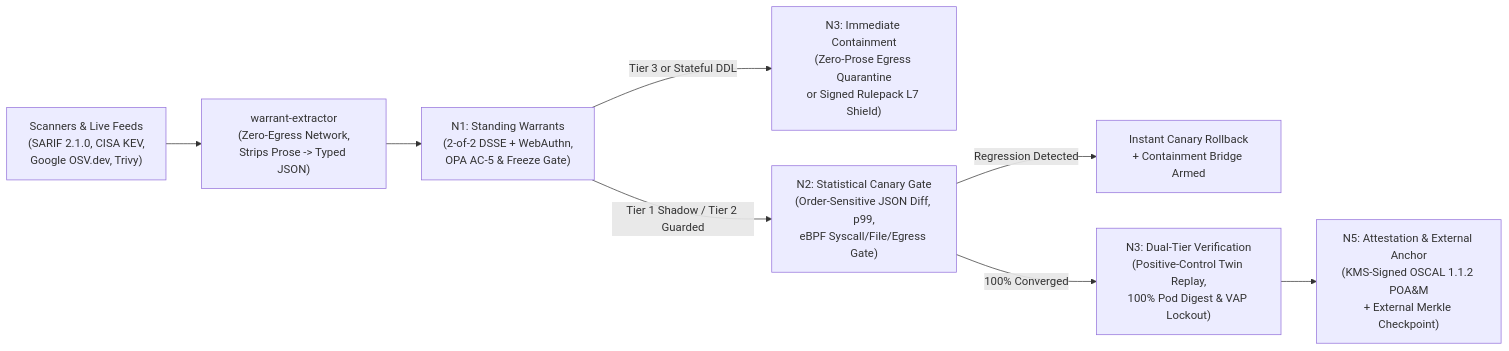
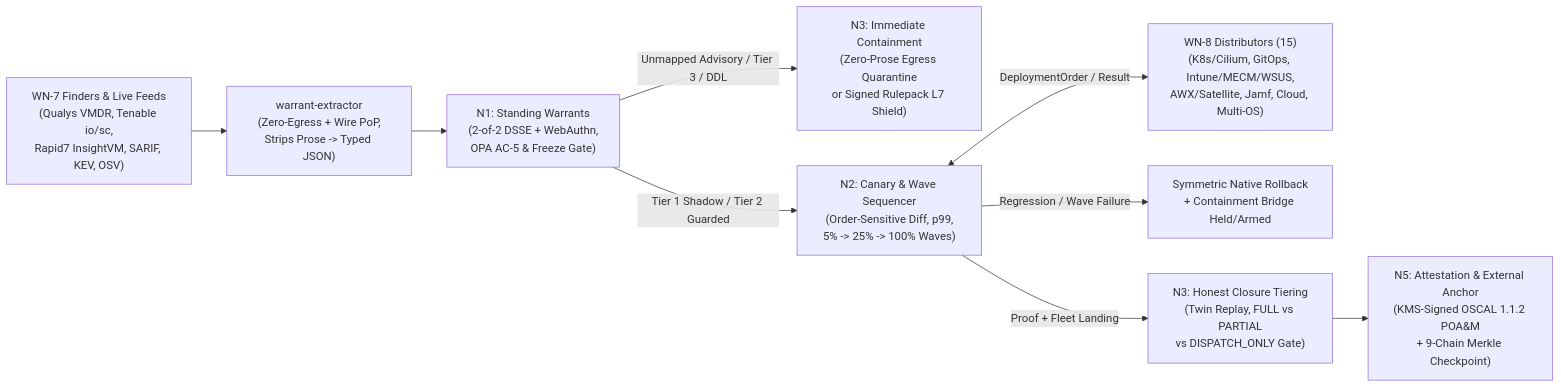
Before and after one commit to cgilbert61/G1-Warrant: the diagram in README.md, drawn with Mermaid. The commit also changed other lines of this file, not shown here.

Commit message:
docs(readme): document v1.2.0 WN-7 finder & WN-8 distributor translators (18 total) and proof tier

````diff
--- a/README.md
+++ b/README.md
@@ -74,10 +74,11 @@
 ```mermaid
 flowchart LR
-    Feeds["Scanners & Live Feeds\n(SARIF 2.1.0, CISA KEV,\nGoogle OSV.dev, Trivy)"] --> Extractor["warrant-extractor\n(Zero-Egress Network,\nStrips Prose -> Typed JSON)"]
+    Feeds["WN-7 Finders & Live Feeds\n(Qualys VMDR, Tenable io/sc,\nRapid7 InsightVM, SARIF, KEV, OSV)"] --> Extractor["warrant-extractor\n(Zero-Egress + Wire PoP,\nStrips Prose -> Typed JSON)"]
     Extractor --> N1["N1: Standing Warrants\n(2-of-2 DSSE + WebAuthn,\nOPA AC-5 & Freeze Gate)"]
-    N1 -->|Tier 3 or Stateful DDL| Bridge["N3: Immediate Containment\n(Zero-Prose Egress Quarantine\nor Signed Rulepack L7 Shield)"]
-    N1 -->|Tier 1 Shadow / Tier 2 Guarded| N2["N2: Statistical Canary Gate\n(Order-Sensitive JSON Diff, p99,\neBPF Syscall/File/Egress Gate)"]
-    N2 -->|Regression Detected| Rollback["Instant Canary Rollback\n+ Containment Bridge Armed"]
-    N2 -->|100% Converged| N3["N3: Dual-Tier Verification\n(Positive-Control Twin Replay,\n100% Pod Digest & VAP Lockout)"]
-    N3 --> N5["N5: Attestation & External Anchor\n(KMS-Signed OSCAL 1.1.2 POA&M\n+ External Merkle Checkpoint)"]
+    N1 -->|Unmapped Advisory / Tier 3 / DDL| Bridge["N3: Immediate Containment\n(Zero-Prose Egress Quarantine\nor Signed Rulepack L7 Shield)"]
+    N1 -->|Tier 1 Shadow / Tier 2 Guarded| N2["N2: Canary & Wave Sequencer\n(Order-Sensitive Diff, p99,\n5% -> 25% -> 100% Waves)"]
+    N2 <-->|DeploymentOrder / Result| Dist["WN-8 Distributors (15)\n(K8s/Cilium, GitOps, Intune/MECM/WSUS,\nAWX/Satellite, Jamf, Cloud, Multi-OS)"]
+    N2 -->|Regression / Wave Failure| Rollback["Symmetric Native Rollback\n+ Containment Bridge Held/Armed"]
+    N2 -->|Proof + Fleet Landing| N3["N3: Honest Closure Tiering\n(Twin Replay, FULL vs PARTIAL\nvs DISPATCH_ONLY Gate)"]
+    N3 --> N5["N5: Attestation & External Anchor\n(KMS-Signed OSCAL 1.1.2 POA&M\n+ 9-Chain Merkle Checkpoint)"]
 ```
````
